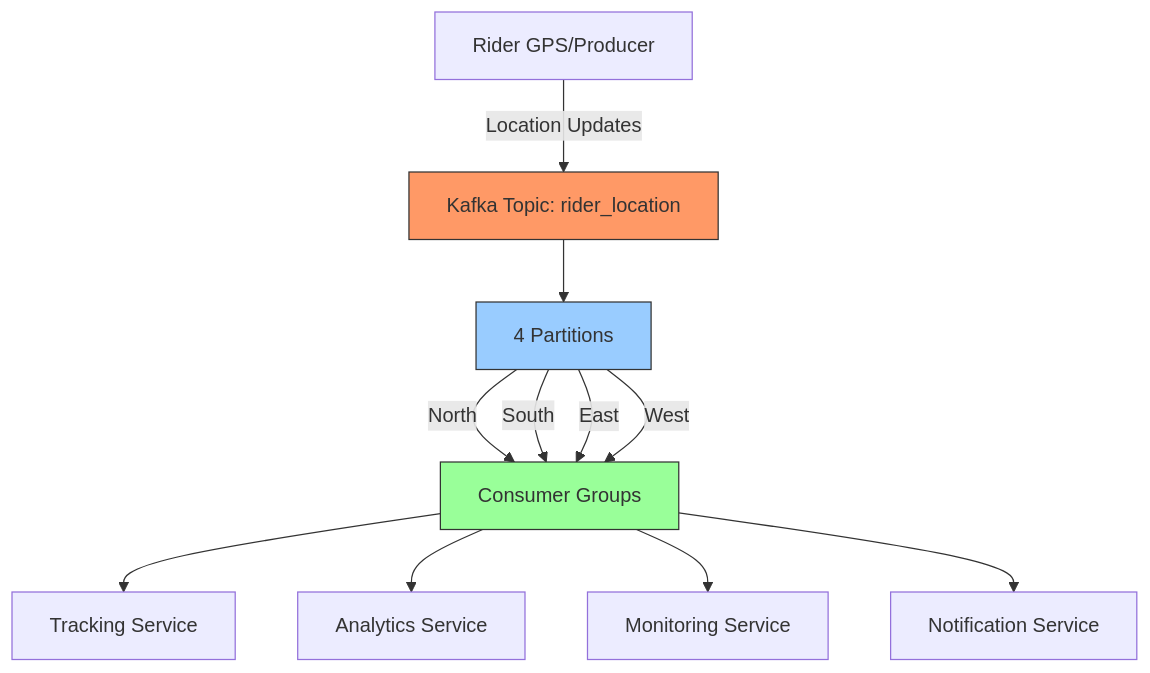
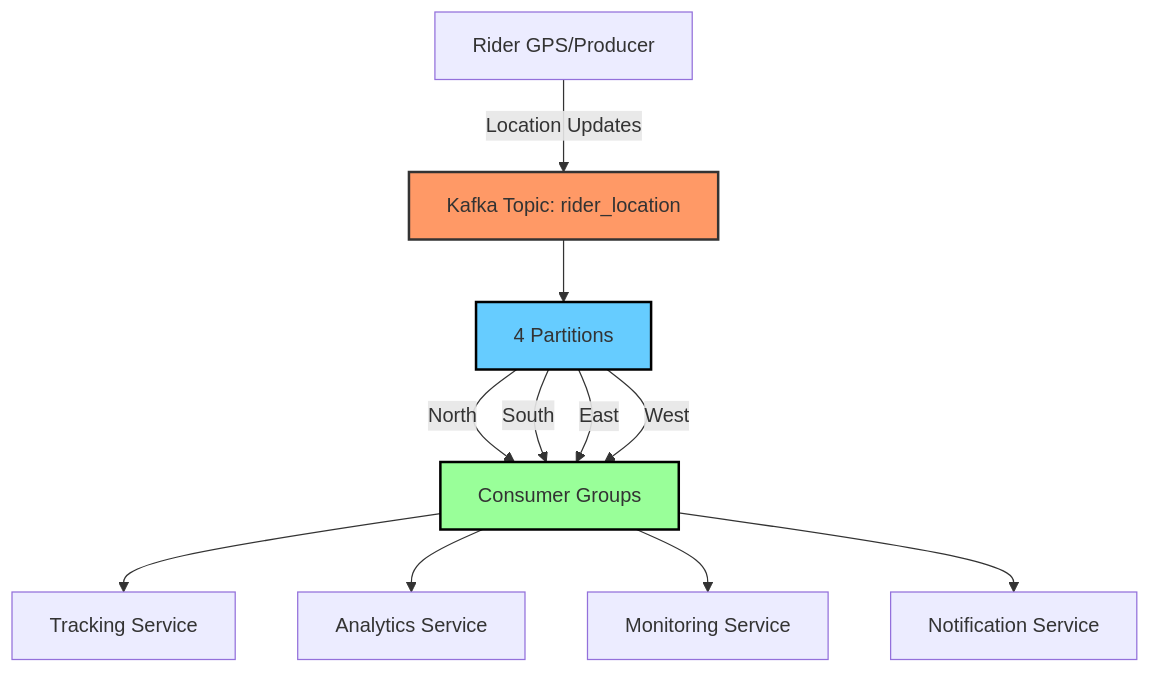
Before and after one commit to krrishanaggarwal/kafka-understanding: the diagram in README.md, drawn with Mermaid.

Commit message:
Update README styles for system components diagram to enhance visual clarity

````diff
--- a/README.md
+++ b/README.md
@@ -7,17 +7,17 @@
 ```mermaid
 graph TD
     A[Rider GPS/Producer] -->|Location Updates| B[Kafka Topic: rider_location]
     B --> C[4 Partitions]
     C -->|North| D[Consumer Groups]
     C -->|South| D
     C -->|East| D
     C -->|West| D
     D --> E[Tracking Service]
     D --> F[Analytics Service]
     D --> G[Monitoring Service]
     D --> H[Notification Service]
     
-    style B fill:#f96,stroke:#333
-    style C fill:#9cf,stroke:#333
-    style D fill:#9f9,stroke:#333
+    style B fill:#ff9966,stroke:#333,stroke-width:2px
+    style C fill:#66ccff,stroke:#000000,stroke-width:2px
+    style D fill:#99ff99,stroke:#000000,stroke-width:2px
 ```
````
